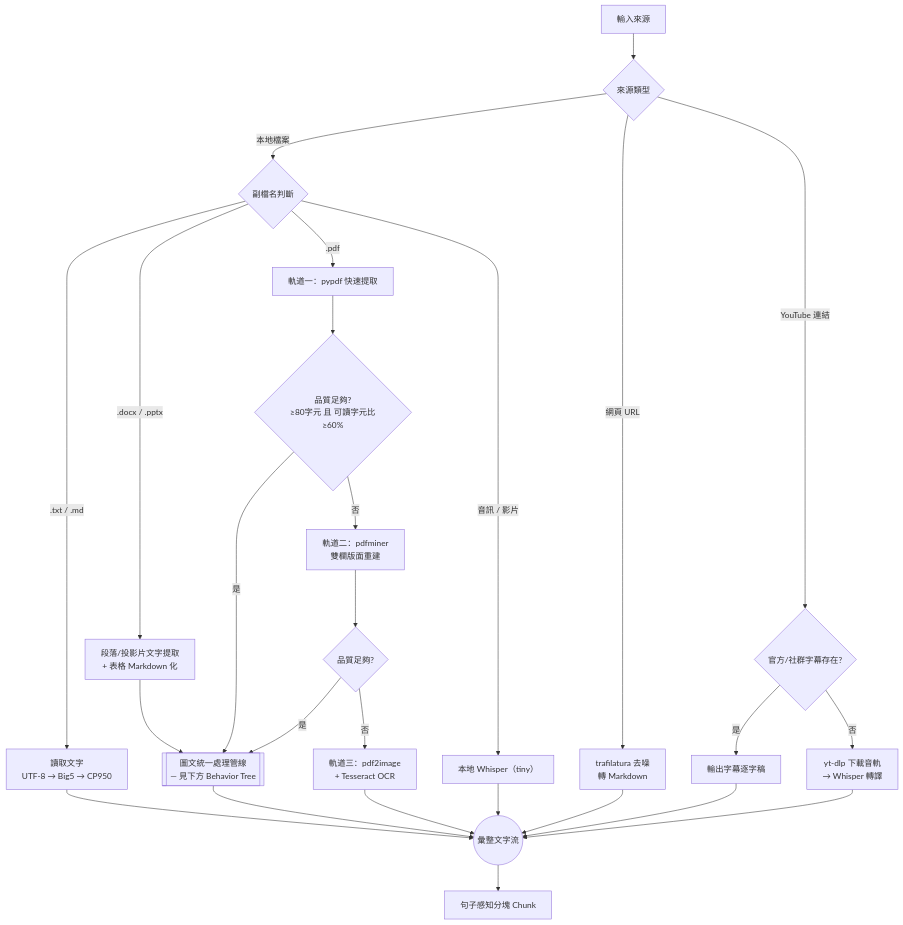
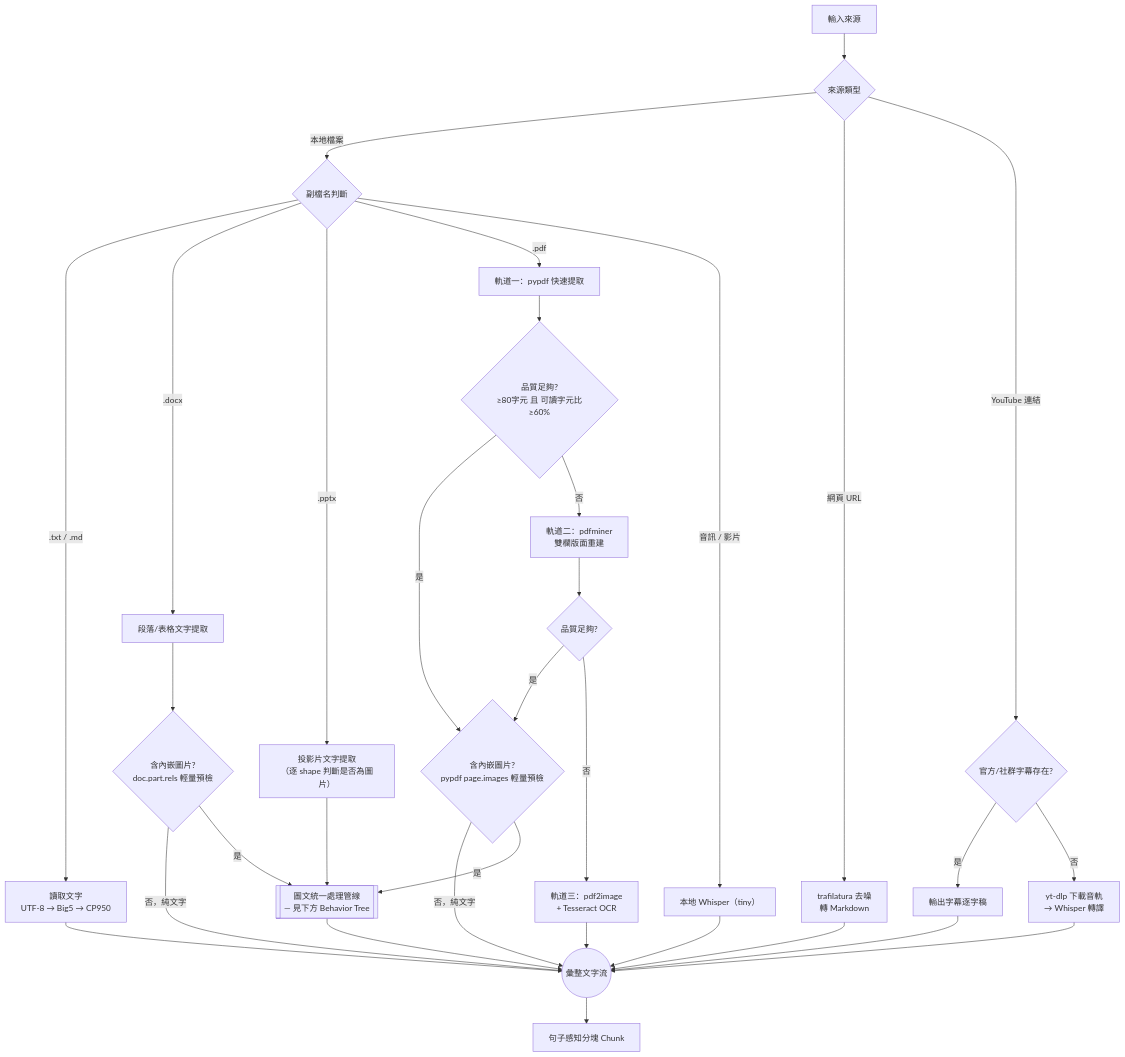
Before and after one commit to Chester930/world-knowledge-graph-rag: the first of 2 diagrams in parser/README.md, drawn with Mermaid. The commit also changed other lines of this file and 2 other files, not shown here.

Commit message:
perf(parser): 新增純文字文件輕量預檢，跳過圖片管線
回應使用者提出的優化構想：在進入圖文管線前先做一道便宜的「是否含
內嵌圖片」判斷，純文字文件（PDF/DOCX）可直接併入純文字輸出，省下
整套較重的圖片處理成本。

- PDF：新增 _pdf_has_embedded_images，用 pypdf 的 page.images 快速
  檢查，取代直接跑一次 pdfminer extract_pages() 全版面重建；純文字
  PDF（無任何內嵌圖片）完全跳過 _extract_pdf_images_text。
- DOCX：新增 _docx_has_embedded_images，掃描一次 doc.part.rels 即可
  判定，取代逐段落對每個段落做 XML findall。
- PPTX：評估後不加對應預檢——_process_pptx_picture_shape 本來就只
  在 shape_type 為 PICTURE 時才觸發，逐 shape 判斷已經足夠輕量，額外
  加一次全簡報掃描反而是多餘的第二次遍歷，沒有淨效益。
- 任一預檢解析失敗都保守回傳 True，交由後續完整管線處理，不影響正確性。
- README Sheet 01 BT 圖補上此預檢分支，並更新「算力分層」與「已知限制」
  說明；新增對照測試：純文字文件不觸發圖片管線、含圖片文件仍正常觸發。

````diff
--- a/parser/README.md
+++ b/parser/README.md
@@ -55,34 +55,45 @@
 ```mermaid
 flowchart TD
     IN[輸入來源] --> SRC{來源類型}
     SRC -->|本地檔案| EXT{副檔名判斷}
     SRC -->|網頁 URL| WEB["trafilatura 去噪<br/>轉 Markdown"]
     SRC -->|YouTube 連結| YT{官方/社群字幕存在?}
 
     EXT -->|.txt / .md| TXT["讀取文字<br/>UTF-8 → Big5 → CP950"]
-    EXT -->|.docx / .pptx| DOCX["段落/投影片文字提取<br/>+ 表格 Markdown 化"]
+    EXT -->|.docx| DOCXTXT["段落/表格文字提取"]
+    EXT -->|.pptx| PPTXTXT["投影片文字提取<br/>（逐 shape 判斷是否為圖片）"]
     EXT -->|.pdf| T1["軌道一：pypdf 快速提取"]
     EXT -->|音訊 / 影片| AUD["本地 Whisper（tiny）"]
 
     T1 --> Q1{"品質足夠?<br/>≥80字元 且 可讀字元比≥60%"}
-    Q1 -->|是| IMG
+    Q1 -->|是| CHKPDF
     Q1 -->|否| T2["軌道二：pdfminer<br/>雙欄版面重建"]
     T2 --> Q2{品質足夠?}
-    Q2 -->|是| IMG
+    Q2 -->|是| CHKPDF
     Q2 -->|否| T3["軌道三：pdf2image<br/>+ Tesseract OCR"]
     T3 --> OUT
 
+    CHKPDF{"含內嵌圖片?<br/>pypdf page.images 輕量預檢"}
+    CHKPDF -->|否，純文字| OUT
+    CHKPDF -->|是| IMG
+
+    DOCXTXT --> CHKDOCX{"含內嵌圖片?<br/>doc.part.rels 輕量預檢"}
+    CHKDOCX -->|否，純文字| OUT
+    CHKDOCX -->|是| IMG
+
+    PPTXTXT --> IMG
+
+    IMG[["圖文統一處理管線<br/>— 見下方 Behavior Tree"]]
+    IMG --> OUT((彙整文字流))
+
     YT -->|是| SUB[輸出字幕逐字稿]
     YT -->|否| YTB["yt-dlp 下載音軌<br/>→ Whisper 轉譯"]
-
-    DOCX --> IMG[["圖文統一處理管線<br/>— 見下方 Behavior Tree"]]
-    IMG --> OUT((彙整文字流))
 
     SUB --> OUT
     YTB --> OUT
     WEB --> OUT
     TXT --> OUT
     AUD --> OUT
 
     OUT --> CHUNK[句子感知分塊 Chunk]
 ```
````
